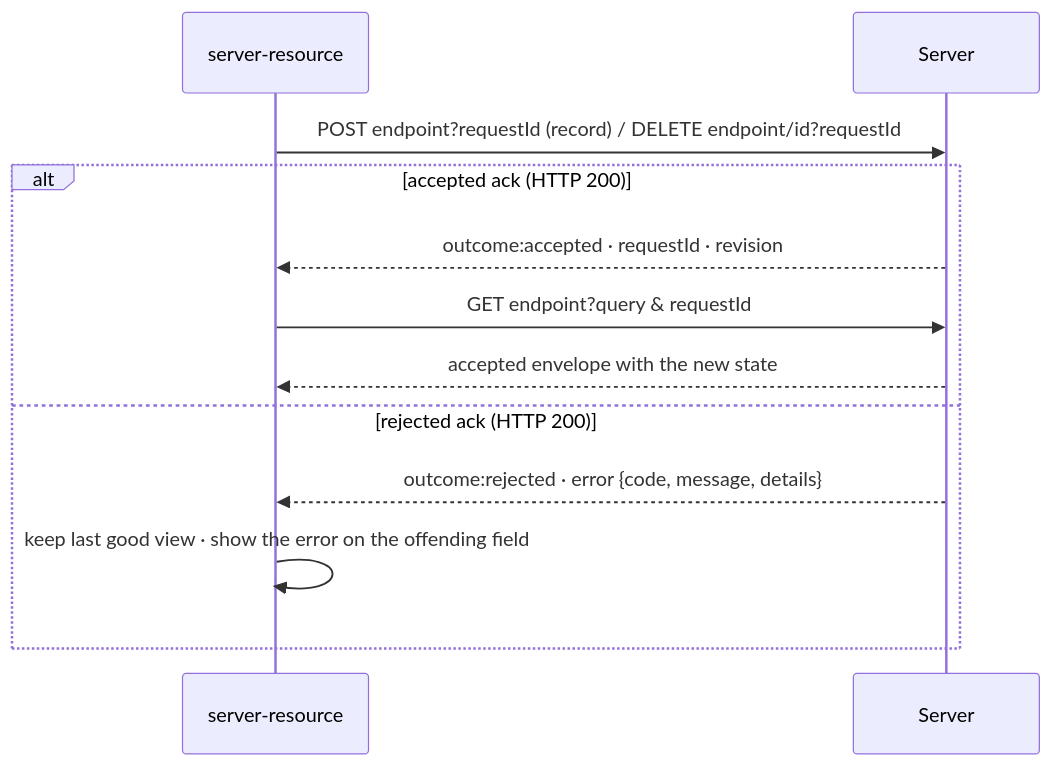
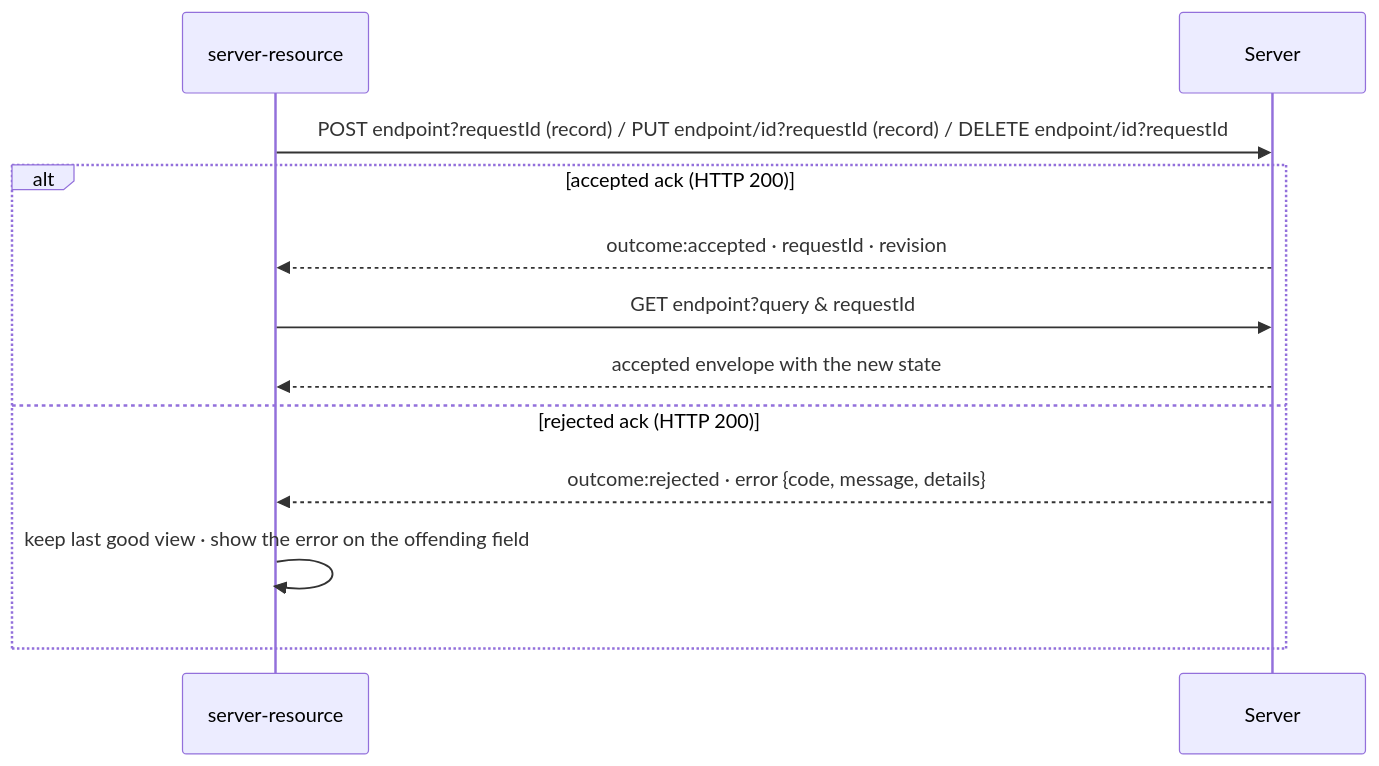
Before and after one commit to avanelsas/baredom: the second of 2 diagrams in barebuild/docs/server-contract.md, drawn with Mermaid. The commit also changed other lines of this file and 17 other files, not shown here.

````diff
--- a/barebuild/docs/server-contract.md
+++ b/barebuild/docs/server-contract.md
@@ -193,15 +208,15 @@
 ```mermaid
 %%{init: {'themeVariables': {'fontSize': '16px'}}}%%
 sequenceDiagram
   participant C as server-resource
   participant S as Server
-  C->>S: POST endpoint?requestId (record) / DELETE endpoint/id?requestId
+  C->>S: POST endpoint?requestId (record) / PUT endpoint/id?requestId (record) / DELETE endpoint/id?requestId
   alt accepted ack (HTTP 200)
     S-->>C: outcome:accepted · requestId · revision
     C->>S: GET endpoint?query & requestId
     S-->>C: accepted envelope with the new state
   else rejected ack (HTTP 200)
     S-->>C: outcome:rejected · error {code, message, details}
     C->>C: keep last good view · show the error on the offending field
   end
 ```
````
